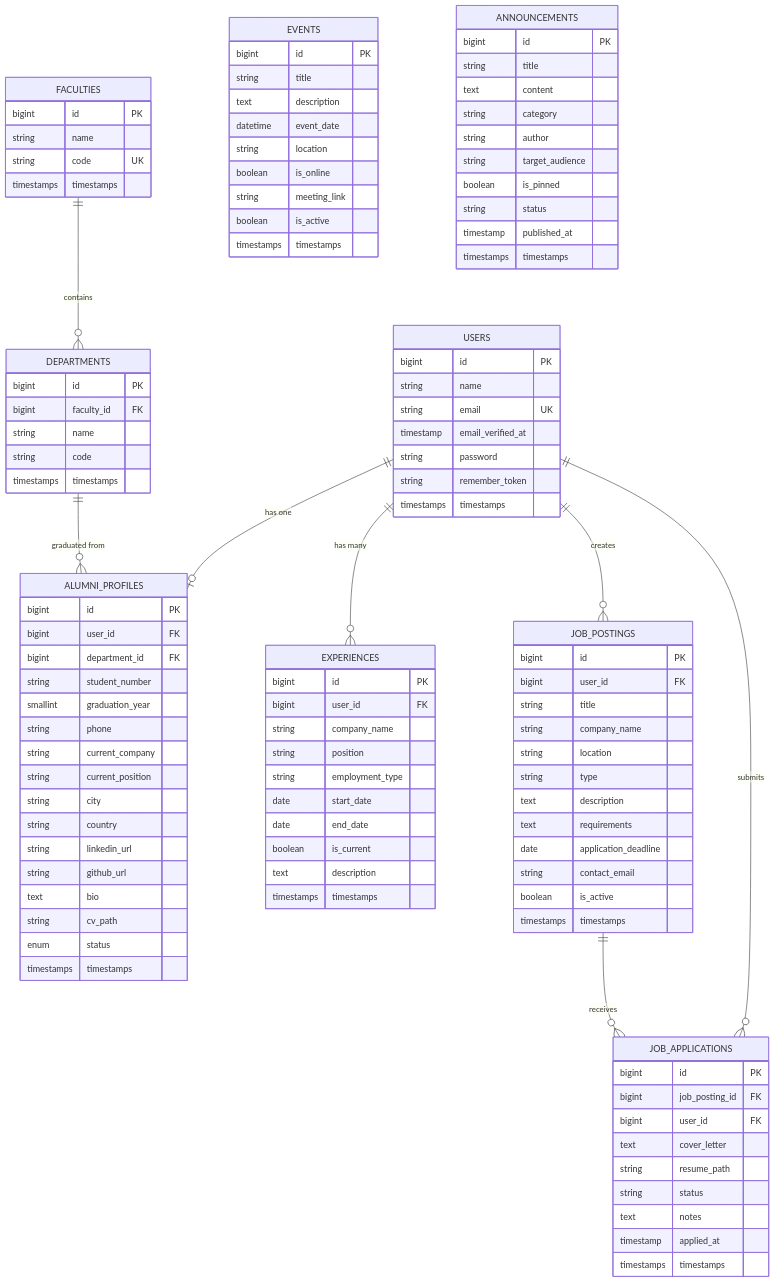
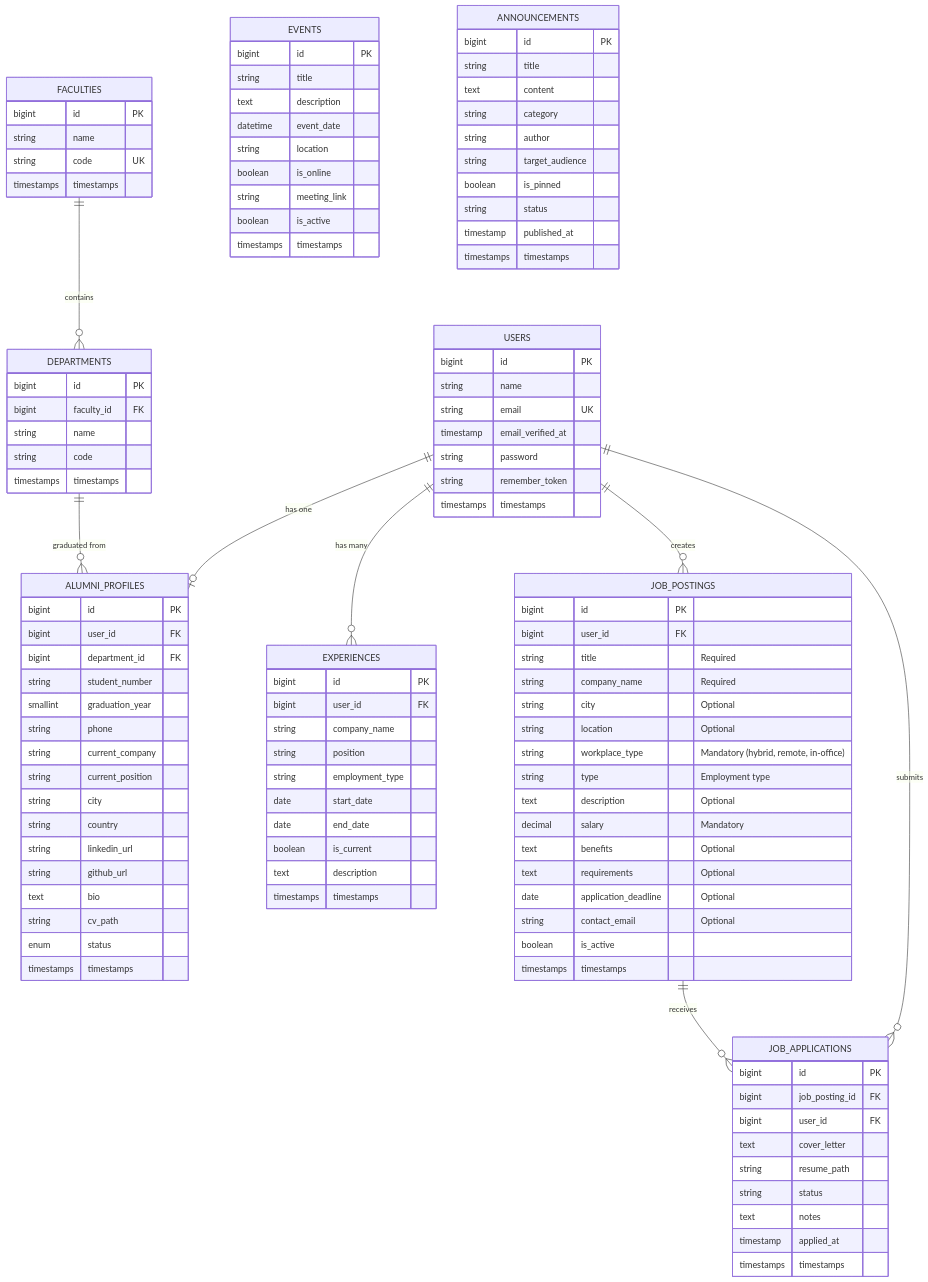
Before and after one commit to gamze-sueda-akpinar/alumni: the second of 6 diagrams in add.md, drawn with Mermaid. The commit also changed other lines of this file and 12 other files, not shown here.

```diff
--- a/add.md
+++ b/add.md
@@ -161,14 +161,18 @@
     JOB_POSTINGS {
         bigint id PK
         bigint user_id FK
-        string title
-        string company_name
-        string location
-        string type
-        text description
-        text requirements
-        date application_deadline
-        string contact_email
+        string title "Required"
+        string company_name "Required"
+        string city "Optional"
+        string location "Optional"
+        string workplace_type "Mandatory (hybrid, remote, in-office)"
+        string type "Employment type"
+        text description "Optional"
+        decimal salary "Mandatory"
+        text benefits "Optional"
+        text requirements "Optional"
+        date application_deadline "Optional"
+        string contact_email "Optional"
         boolean is_active
         timestamps timestamps
     }
```
